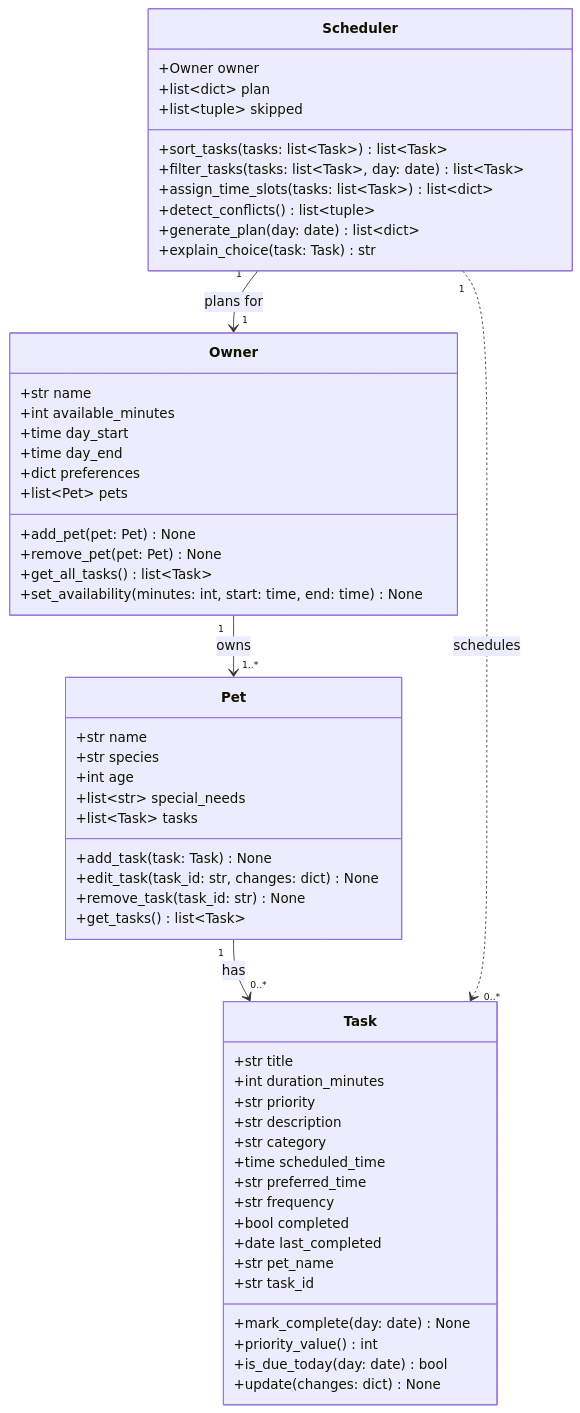
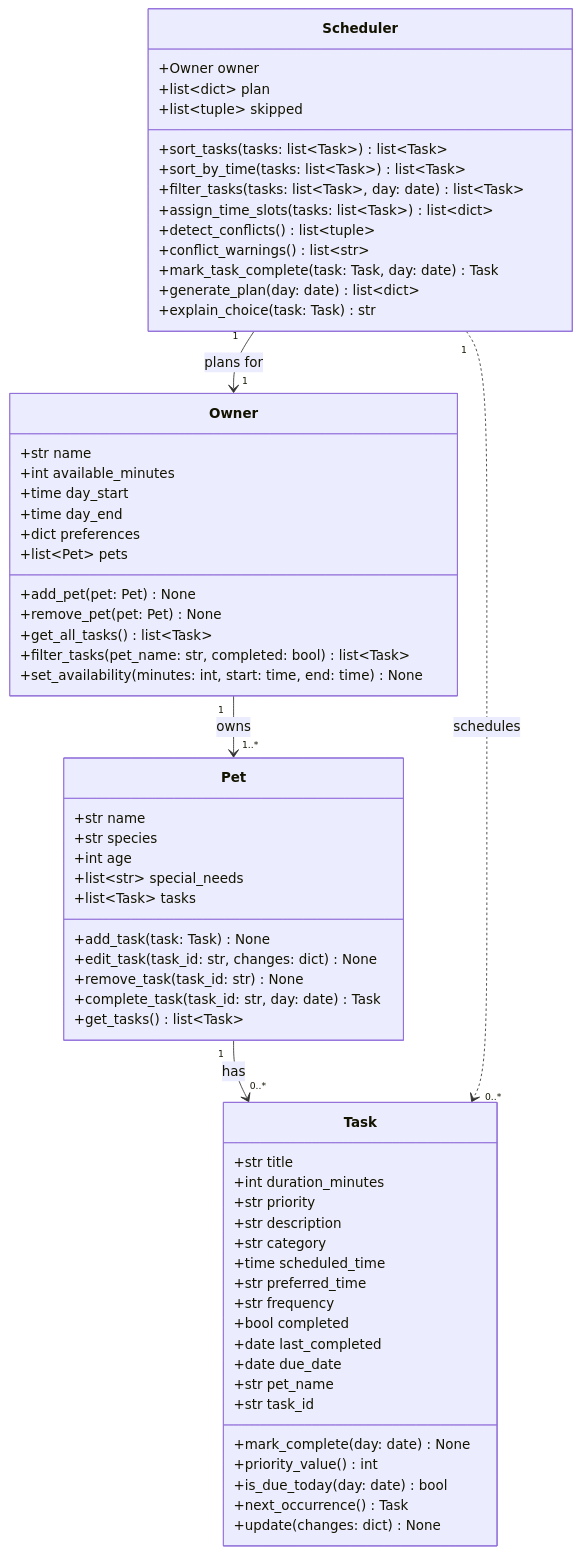
The diagram in diagrams/uml.mmd (gouriddhi/ai110-module2show-pawpal-starter), drawn with Mermaid before and after one commit. The commit also changed 6 other files, not shown here.

```diff
--- a/diagrams/uml.mmd
+++ b/diagrams/uml.mmd
@@ -1,63 +1,70 @@
 classDiagram
     %% PawPal+ working UML draft — update in Phase 6 to match the final implementation.
 
     class Owner {
         +str name
         +int available_minutes
         +time day_start
         +time day_end
         +dict preferences
         +list~Pet~ pets
         +add_pet(pet: Pet) None
         +remove_pet(pet: Pet) None
         +get_all_tasks() list~Task~
+        +filter_tasks(pet_name: str, completed: bool) list~Task~
         +set_availability(minutes: int, start: time, end: time) None
     }
 
     class Pet {
         +str name
         +str species
         +int age
         +list~str~ special_needs
         +list~Task~ tasks
         +add_task(task: Task) None
         +edit_task(task_id: str, changes: dict) None
         +remove_task(task_id: str) None
+        +complete_task(task_id: str, day: date) Task
         +get_tasks() list~Task~
     }
 
     class Task {
         +str title
         +int duration_minutes
         +str priority
         +str description
         +str category
         +time scheduled_time
         +str preferred_time
         +str frequency
         +bool completed
         +date last_completed
+        +date due_date
         +str pet_name
         +str task_id
         +mark_complete(day: date) None
         +priority_value() int
         +is_due_today(day: date) bool
+        +next_occurrence() Task
         +update(changes: dict) None
     }
 
     class Scheduler {
         +Owner owner
         +list~dict~ plan
         +list~tuple~ skipped
         +sort_tasks(tasks: list~Task~) list~Task~
+        +sort_by_time(tasks: list~Task~) list~Task~
         +filter_tasks(tasks: list~Task~, day: date) list~Task~
         +assign_time_slots(tasks: list~Task~) list~dict~
         +detect_conflicts() list~tuple~
+        +conflict_warnings() list~str~
+        +mark_task_complete(task: Task, day: date) Task
         +generate_plan(day: date) list~dict~
         +explain_choice(task: Task) str
     }
 
     Owner "1" --> "1..*" Pet : owns
     Pet "1" --> "0..*" Task : has
     Scheduler "1" --> "1" Owner : plans for
     Scheduler "1" ..> "0..*" Task : schedules
```
